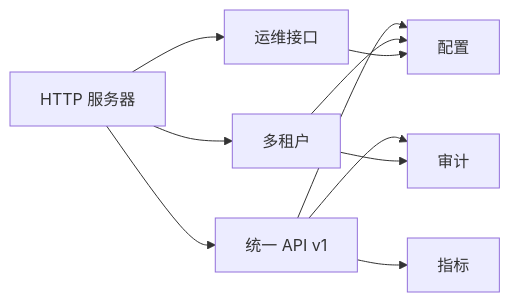
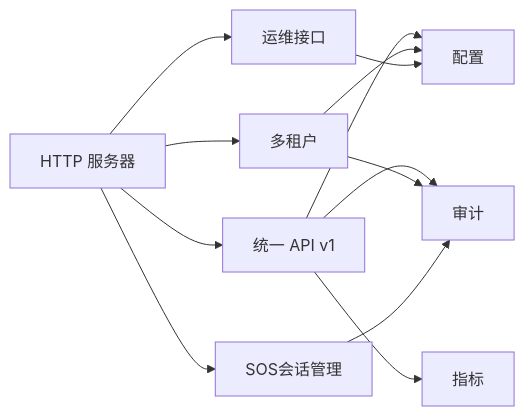
One commit to kudig-io/klaw changed the eighth of 8 diagrams in .qoder/repowiki/zh/content/系统架构/API服务架构.md. Above: the diagram before and after it, drawn with Mermaid. The commit also changed other lines of this file and 257 other files, not shown here.

````diff
--- a/.qoder/repowiki/zh/content/系统架构/API服务架构.md
+++ b/.qoder/repowiki/zh/content/系统架构/API服务架构.md
@@ -341,12 +417,14 @@
 ```mermaid
 graph LR
 Server["HTTP 服务器"] --> UnifiedV1["统一 API v1"]
 Server --> Tenancy["多租户"]
+Server --> SOS["SOS会话管理"]
 Server --> Ops["运维接口"]
 UnifiedV1 --> Config["配置"]
 UnifiedV1 --> Audit["审计"]
 UnifiedV1 --> Metrics["指标"]
 Tenancy --> Config
 Tenancy --> Audit
+SOS --> Audit
 Ops --> Config
 ```
````
